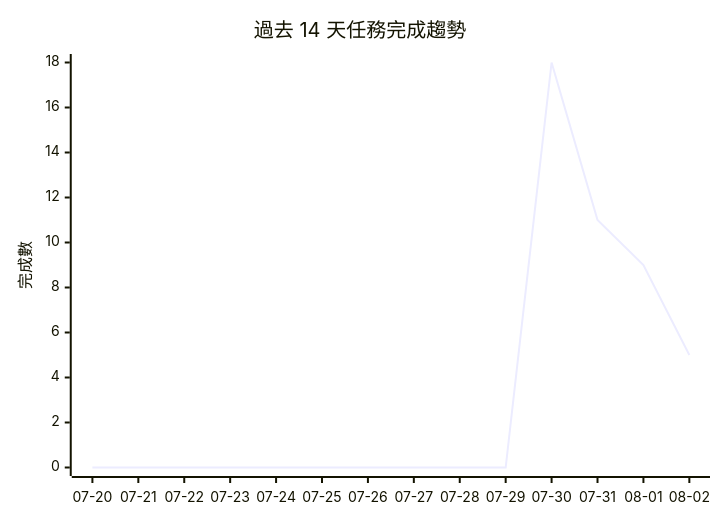
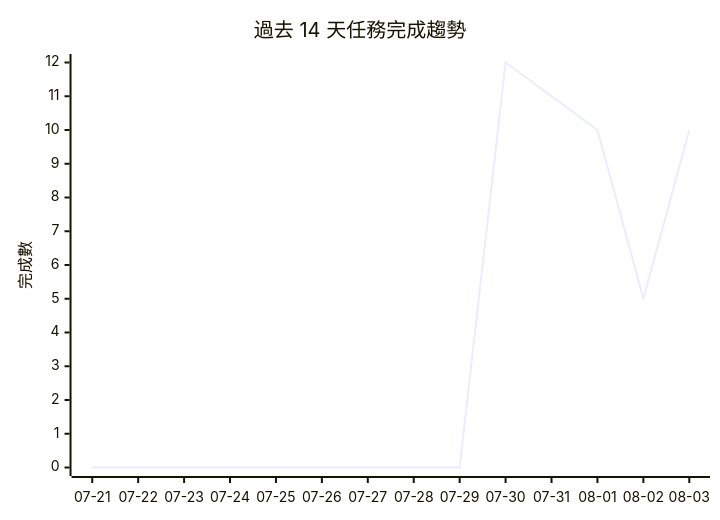
The diagram in PROJECTS.md (gentoobreaking/ai-tasks), drawn with Mermaid before and after one commit. The commit also changed other lines of this file and 60 other files, not shown here.

````diff
--- a/PROJECTS.md
+++ b/PROJECTS.md
@@ -187,7 +180,7 @@
 ```mermaid
 xychart-beta
     title "過去 14 天任務完成趨勢"
-    x-axis ["07-20", "07-21", "07-22", "07-23", "07-24", "07-25", "07-26", "07-27", "07-28", "07-29", "07-30", "07-31", "08-01", "08-02"]
-    y-axis "完成數" 0 --> 18
-    line [0, 0, 0, 0, 0, 0, 0, 0, 0, 0, 18, 11, 9, 5]
+    x-axis ["07-21", "07-22", "07-23", "07-24", "07-25", "07-26", "07-27", "07-28", "07-29", "07-30", "07-31", "08-01", "08-02", "08-03"]
+    y-axis "完成數" 0 --> 12
+    line [0, 0, 0, 0, 0, 0, 0, 0, 0, 12, 11, 10, 5, 10]
 ```
````
